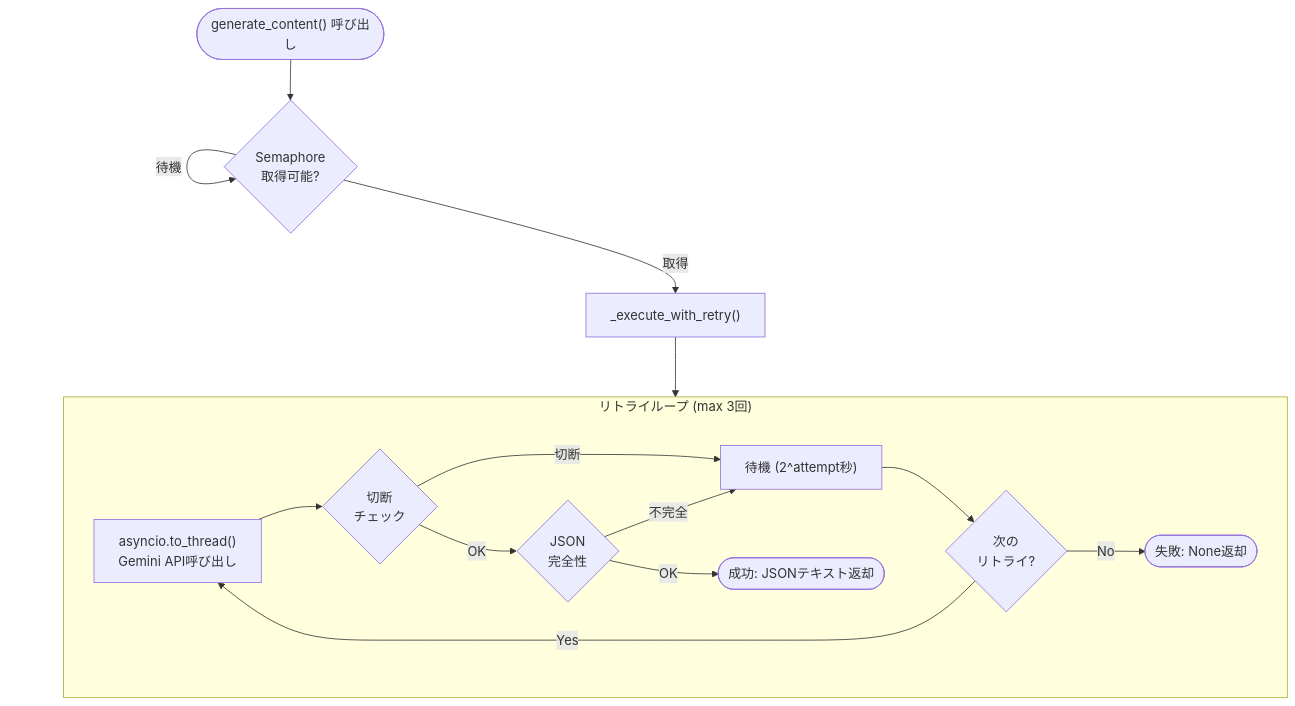
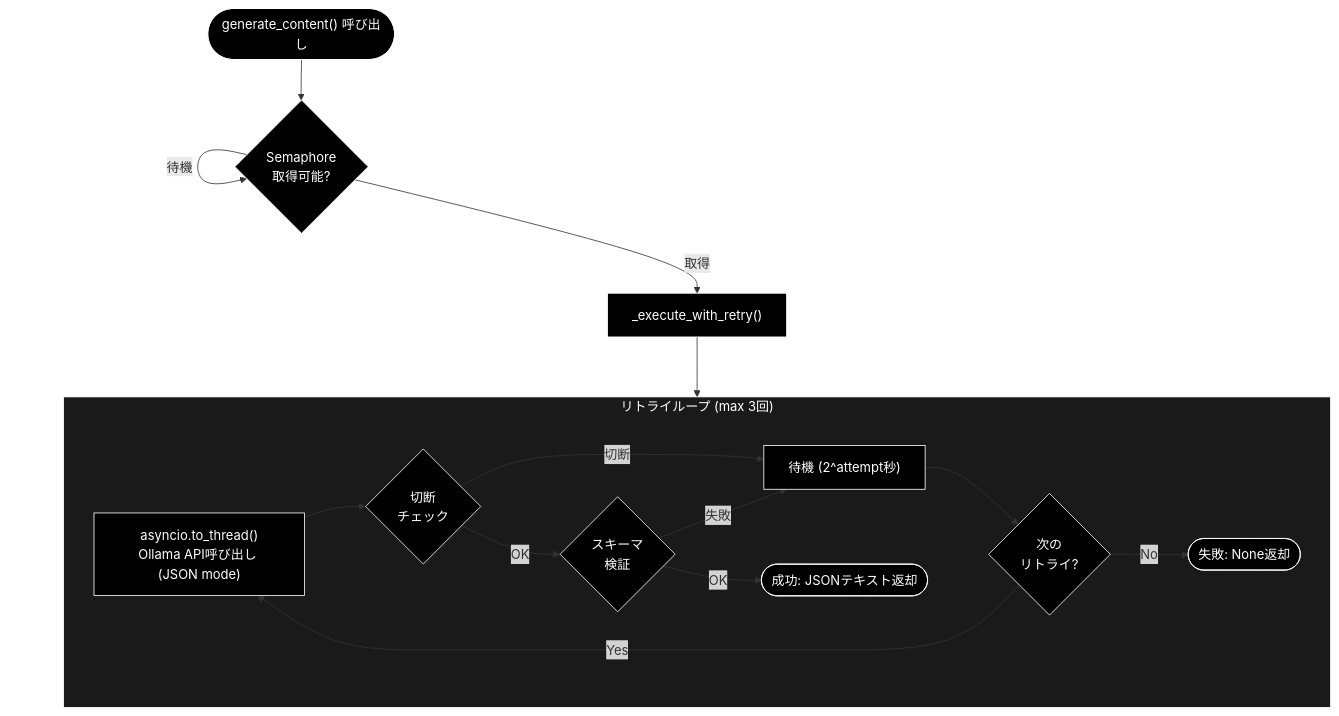
The fourth of 5 diagrams in chunking/doc/async_api_client.md (nakashima2toshio/ollama_grace_agent_v2), drawn with Mermaid before and after one commit. The commit also changed other lines of this file and 13 other files, not shown here.

First line of the commit message:
chunking: Ollama ネイティブ化（コード/コメント/ドキュメントの Gemini→Ollama 全面置換）

````diff
--- a/chunking/doc/async_api_client.md
+++ b/chunking/doc/async_api_client.md
@@ -678,20 +682,24 @@
 ```mermaid
 flowchart TB
     START(["generate_content() 呼び出し"]) --> SEM{"Semaphore<br/>取得可能?"}
     SEM -->|待機| SEM
     SEM -->|取得| RETRY["_execute_with_retry()"]
 
     subgraph RETRY_LOOP["リトライループ (max 3回)"]
-        API["asyncio.to_thread()<br/>Gemini API呼び出し"]
+        API["asyncio.to_thread()<br/>Ollama API呼び出し (JSON mode)"]
         API --> TRUNC{"切断<br/>チェック"}
         TRUNC -->|切断| WAIT["待機 (2^attempt秒)"]
-        TRUNC -->|OK| JSON_CHECK{"JSON<br/>完全性"}
-        JSON_CHECK -->|不完全| WAIT
+        TRUNC -->|OK| JSON_CHECK{"スキーマ<br/>検証"}
+        JSON_CHECK -->|失敗| WAIT
         JSON_CHECK -->|OK| SUCCESS(["成功: JSONテキスト返却"])
         WAIT --> NEXT{"次の<br/>リトライ?"}
         NEXT -->|Yes| API
         NEXT -->|No| FAIL(["失敗: None返却"])
     end
 
     RETRY --> RETRY_LOOP
+classDef default fill:#000,stroke:#fff,color:#fff
+classDef subgraphStyle fill:#1a1a1a,stroke:#fff,color:#fff
+class START,SEM,RETRY,API,TRUNC,WAIT,JSON_CHECK,SUCCESS,NEXT,FAIL default
+style RETRY_LOOP fill:#1a1a1a,stroke:#fff,color:#fff
 ```
````
